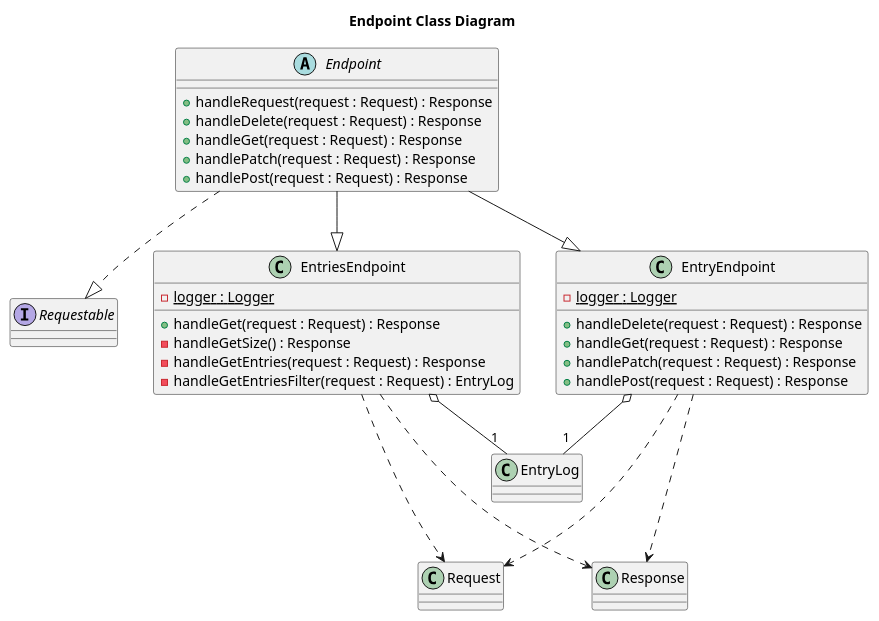
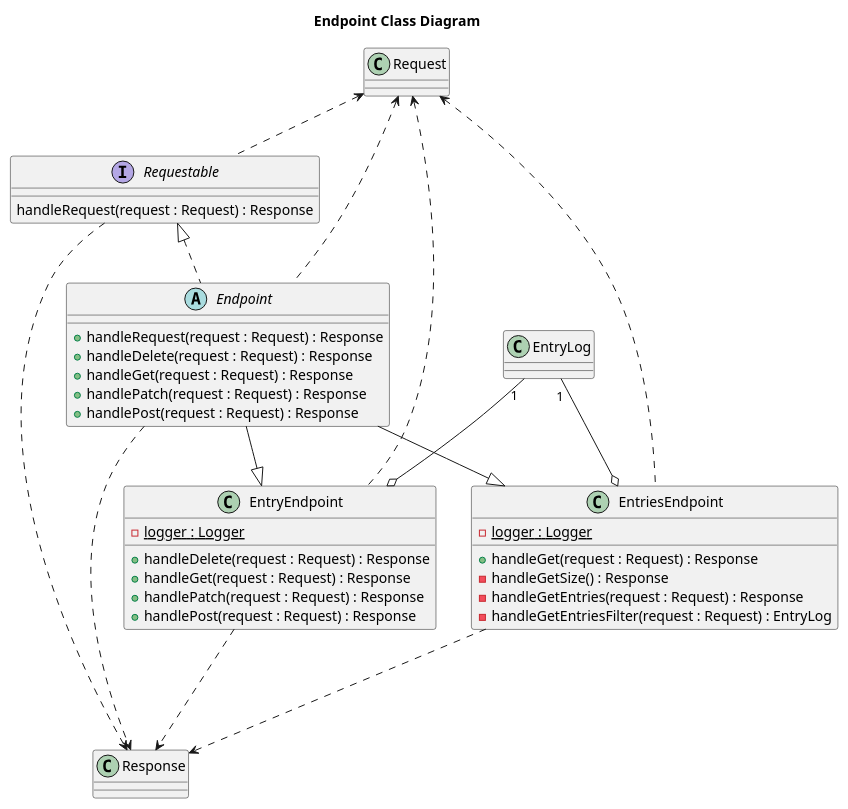
The diagram in docs/diagrams/backend/EndpointClassDiagram.puml (nus-cs2113-AY2223S2/tp), drawn with PlantUML before and after one commit. The commit also changed 3 other files, not shown here.

```diff
--- a/docs/diagrams/backend/EndpointClassDiagram.puml
+++ b/docs/diagrams/backend/EndpointClassDiagram.puml
@@ -1,46 +1,55 @@
 @startuml
 title Endpoint Class Diagram
 
 interface Requestable
 class Request
 class Response
 abstract class Endpoint
 class EntryEndpoint
 class EntriesEndpoint
 class EntryLog
 
-Endpoint ..|> Requestable
+Request <.. Endpoint
+Request <.. EntryEndpoint
+Request <.. EntriesEndpoint
+Request <.. Requestable
+
+Requestable <|.. Endpoint
 Endpoint --|> EntryEndpoint
 Endpoint --|> EntriesEndpoint
-EntryEndpoint o-- "1" EntryLog
-EntriesEndpoint o-- "1" EntryLog
-EntryEndpoint ...> Request
+EntryLog "1" --o EntryEndpoint
+EntryLog "1" --o EntriesEndpoint
+Endpoint ...> Response
 EntryEndpoint ...> Response
-EntriesEndpoint ...> Request
 EntriesEndpoint ...> Response
+Requestable ...> Response
 
 abstract class Endpoint {
 + handleRequest(request : Request) : Response
 + handleDelete(request : Request) : Response
 + handleGet(request : Request) : Response
 + handlePatch(request : Request) : Response
 + handlePost(request : Request) : Response
 }
 
 class EntryEndpoint {
 - {static} logger : Logger
 + handleDelete(request : Request) : Response
 + handleGet(request : Request) : Response
 + handlePatch(request : Request) : Response
 + handlePost(request : Request) : Response
 }
 
 class EntriesEndpoint {
 - {static} logger : Logger
 + handleGet(request : Request) : Response
 - handleGetSize() : Response
 - handleGetEntries(request : Request) : Response
 - handleGetEntriesFilter(request : Request) : EntryLog
 }
 
+interface Requestable {
+    handleRequest(request : Request) : Response
+}
+
 @enduml
```
